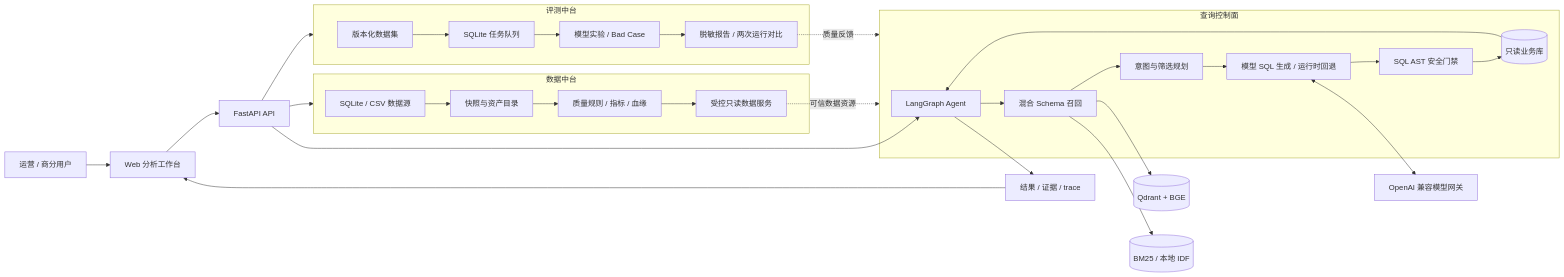
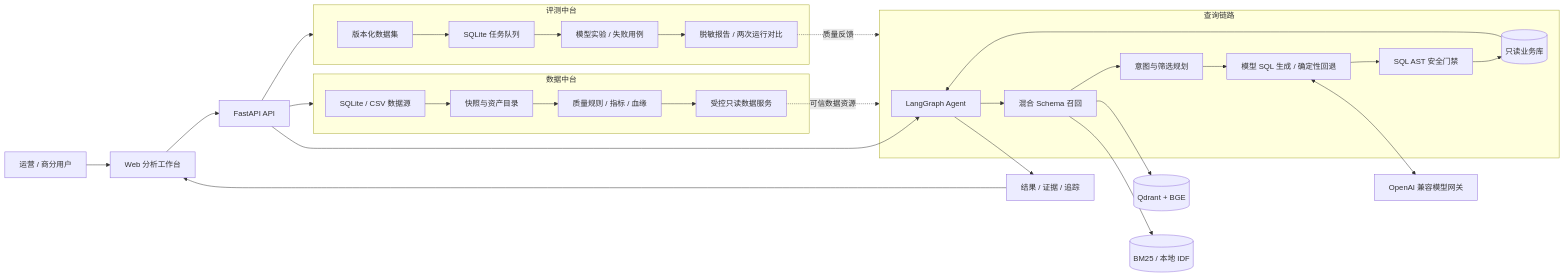
Before and after one commit to sun-sh/atlas-bi-nl2sql: the first of 2 diagrams in README.md, drawn with Mermaid. The commit also changed other lines of this file, not shown here.

````diff
--- a/README.md
+++ b/README.md
@@ -35,42 +35,42 @@
 ```mermaid
 flowchart LR
     U[运营 / 商分用户] --> W[Web 分析工作台]
     W --> A[FastAPI API]
 
-    subgraph Query[查询控制面]
+    subgraph Query[查询链路]
         G[LangGraph Agent]
         R[混合 Schema 召回]
         P[意图与筛选规划]
-        S[模型 SQL 生成 / 运行时回退]
+        S[模型 SQL 生成 / 确定性回退]
         V[SQL AST 安全门禁]
         D[(只读业务库)]
     end
 
     subgraph Data[数据中台]
         DS[SQLite / CSV 数据源]
         SN[快照与资产目录]
         QR[质量规则 / 指标 / 血缘]
         DQ[受控只读数据服务]
     end
 
     subgraph Eval[评测中台]
         EDT[版本化数据集]
         EQ[SQLite 任务队列]
-        EX[模型实验 / Bad Case]
+        EX[模型实验 / 失败用例]
         ER[脱敏报告 / 两次运行对比]
     end
 
     A --> G
     G --> R --> P --> S --> V --> D
     R --> Q[(Qdrant + BGE)]
     R --> E[(BM25 / 本地 IDF)]
     S <--> M[OpenAI 兼容模型网关]
-    D --> G --> T[结果 / 证据 / trace] --> W
+    D --> G --> T[结果 / 证据 / 追踪] --> W
 
     A --> Data
     DS --> SN --> QR --> DQ
     A --> Eval
     EDT --> EQ --> EX --> ER
     DQ -.可信数据资源.-> Query
     ER -.质量反馈.-> Query
 ```
````
